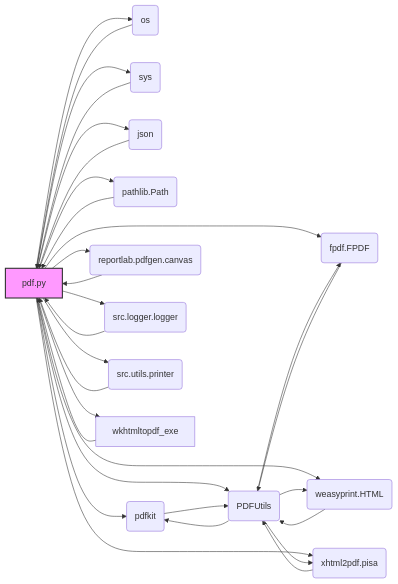
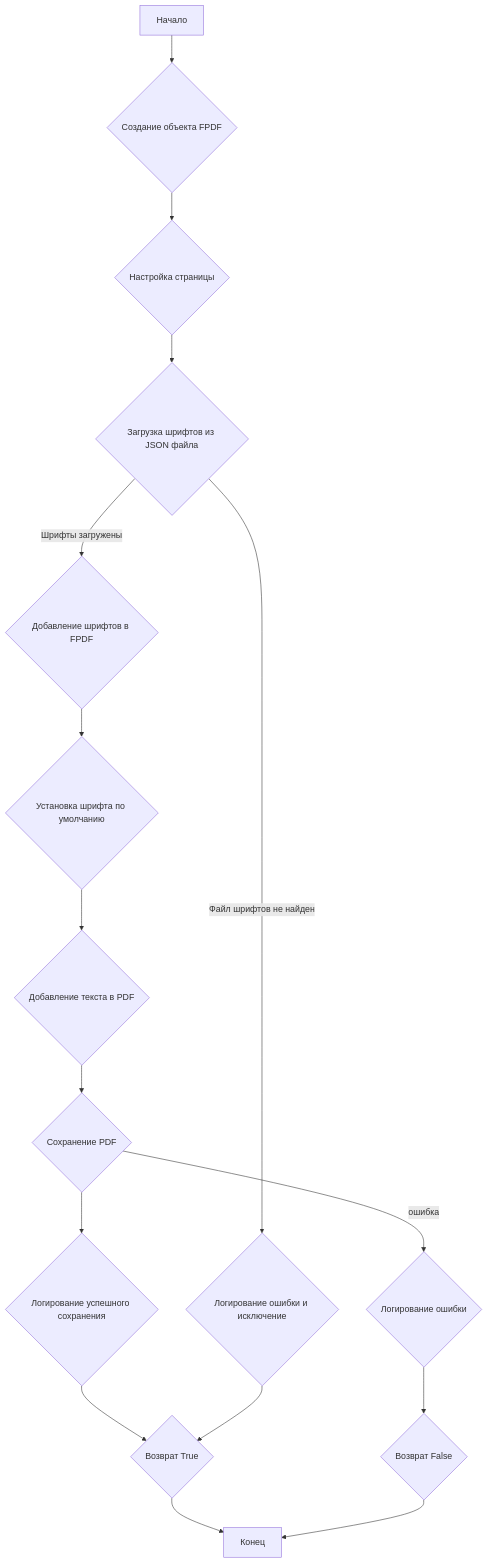
Before and after one commit to hypo69/hypo: the third of 8 diagrams in docs/gemini/ru/explainer/src/utils/pdf.py.md, drawn with Mermaid. The commit also changed other lines of this file and 3338 other files, not shown here.

````diff
--- a/docs/gemini/ru/explainer/src/utils/pdf.py.md
+++ b/docs/gemini/ru/explainer/src/utils/pdf.py.md
@@ -90,33 +94,18 @@
 ```mermaid
-graph LR
-    A[pdf.py] --> B(os);
-    A --> C(sys);
-    A --> D(json);
-    A --> E(pathlib.Path);
-    A --> F(pdfkit);
-    A --> G(reportlab.pdfgen.canvas);
-    A --> H(fpdf.FPDF);
-    A --> I(weasyprint.HTML);
-    A --> J(xhtml2pdf.pisa);
-    A --> K(src.logger.logger);
-    A --> L(src.utils.printer);
-    A --> M[wkhtmltopdf_exe]
-    A --> N(PDFUtils);
-     N --> F;
-     N --> H;
-     N --> I;
-     N --> J;
-    B --> A;
-    C --> A;
-    D --> A;
-    E --> A;
-    F --> N;
-    G --> A;
-    H --> N;
-    I --> N;
-    J --> N;
-    K --> A;
-     L --> A;
-     M --> A;
-    style A fill:#f9f,stroke:#333,stroke-width:2px
+flowchart TD
+    A[Начало] --> B{Создание объекта FPDF};
+    B --> C{Настройка страницы};
+    C --> D{Загрузка шрифтов из JSON файла};
+    D -- Шрифты загружены --> E{Добавление шрифтов в FPDF};
+    D -- Файл шрифтов не найден --> H{Логирование ошибки и исключение};
+    E --> F{Установка шрифта по умолчанию};
+    F --> G{Добавление текста в PDF};
+    G --> I{Сохранение PDF};
+    I --> J{Логирование успешного сохранения};
+    J --> K{Возврат True};
+    H --> K;
+    K --> L[Конец]
+   I -- ошибка --> M{Логирование ошибки};
+    M --> N{Возврат False};
+    N --> L;
 ```
````
